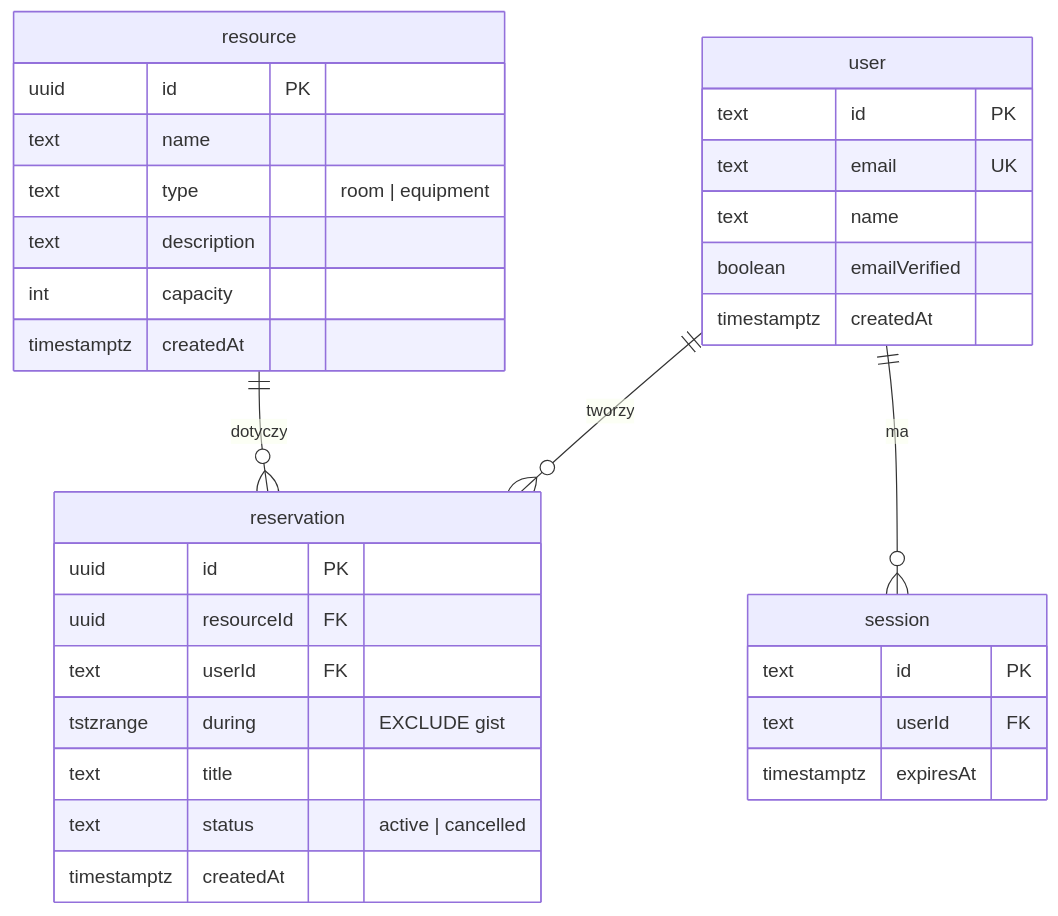
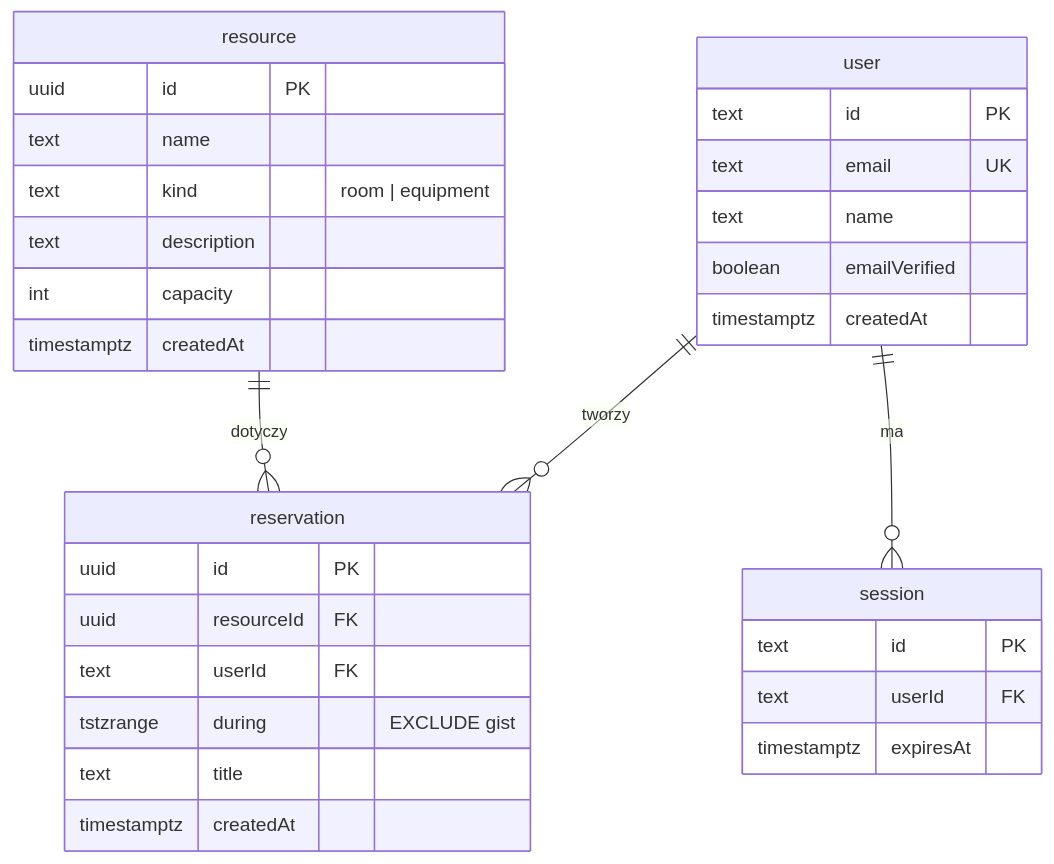
Before and after one commit to kalucky0/atrium: the second of 3 diagrams in design_document.md, drawn with Mermaid. The commit also changed other lines of this file and 2 other files, not shown here.

````diff
--- a/design_document.md
+++ b/design_document.md
@@ -74,36 +68,35 @@
 ```mermaid
 erDiagram
     user ||--o{ reservation : "tworzy"
     resource ||--o{ reservation : "dotyczy"
     user ||--o{ session : "ma"
 
     user {
         text id PK
         text email UK
         text name
         boolean emailVerified
         timestamptz createdAt
     }
     resource {
         uuid id PK
         text name
-        text type "room | equipment"
+        text kind "room | equipment"
         text description
         int capacity
         timestamptz createdAt
     }
     reservation {
         uuid id PK
         uuid resourceId FK
         text userId FK
         tstzrange during "EXCLUDE gist"
         text title
-        text status "active | cancelled"
         timestamptz createdAt
     }
     session {
         text id PK
         text userId FK
         timestamptz expiresAt
     }
 ```
````
